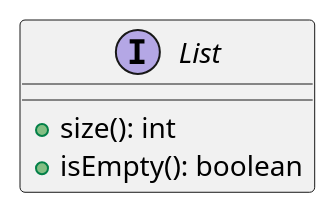
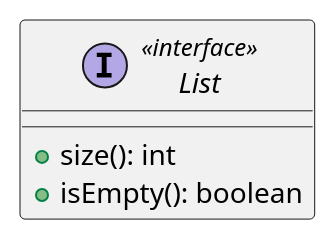
Before and after one commit to xihuanxiaorang/my-obsidian-notes: the fourth of 12 diagrams in 01.Articles/DesignPattern/UML 类图.md, drawn with PlantUML. The commit also changed other lines of this file and 25 other files, not shown here.

````diff
--- a/01.Articles/DesignPattern/UML 类图.md
+++ b/01.Articles/DesignPattern/UML 类图.md
@@ -75,10 +75,10 @@
 ```plantuml
 @startuml
 
-interface List {
+interface List <<interface>> {
   + size(): int
   + isEmpty(): boolean
 }
 
 @enduml
 ```
````
